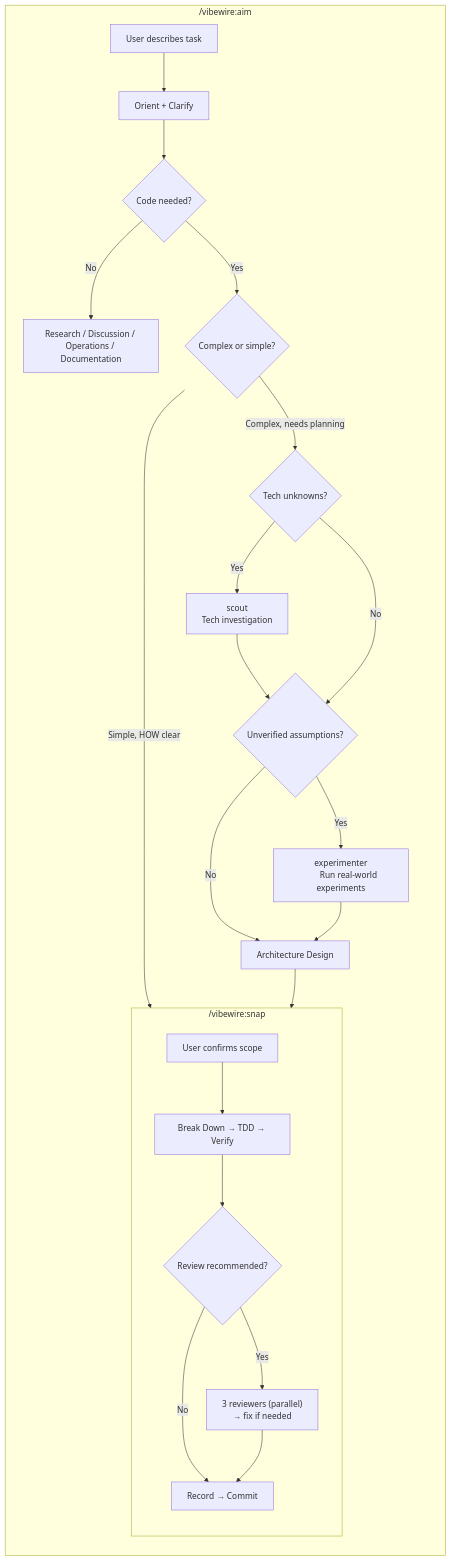
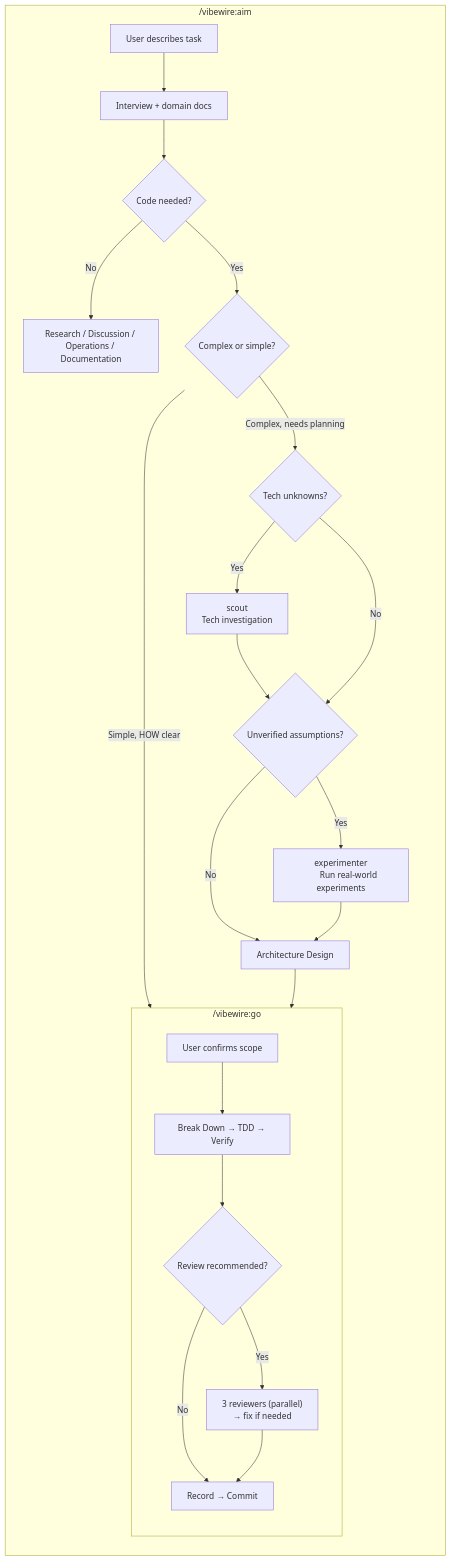
One commit to owniai/vibewire changed the diagram in README.md. Above: the diagram before and after it, drawn with Mermaid. The commit also changed other lines of this file and 19 other files, not shown here.

First line of the commit message:
v0.13.0: rename snap to go; aim interview with domain docs and to-spec AIM

````diff
--- a/README.md
+++ b/README.md
@@ -142,33 +145,33 @@
 ```mermaid
 flowchart TD
     subgraph aim["/vibewire:aim"]
         direction TB
-        A0[User describes task] --> A1[Orient + Clarify]
+        A0[User describes task] --> A1[Interview + domain docs]
         A1 --> A2{Code needed?}
         A2 -- No --> A3["Research / Discussion / Operations / Documentation"]
         A2 -- Yes --> A4{Complex or simple?}
         A4 -- Complex, needs planning --> A5{Tech unknowns?}
-        A4 -- Simple, HOW clear --> snapflow
+        A4 -- Simple, HOW clear --> goflow
 
         A5 -- Yes --> A6["scout
         Tech investigation"]
         A6 --> A7{Unverified assumptions?}
         A5 -- No --> A7
         A7 -- Yes --> A8["experimenter
         Run real-world experiments"]
         A7 -- No --> A9[Architecture Design]
         A8 --> A9
     end
 
-    A9 --> snapflow
+    A9 --> goflow
 
-    subgraph snapflow["/vibewire:snap"]
+    subgraph goflow["/vibewire:go"]
         direction TB
         S0[User confirms scope] --> S1["Break Down → TDD → Verify"]
         S1 --> S2{Review recommended?}
         S2 -- Yes --> S3["3 reviewers (parallel)
         → fix if needed"]
         S2 -- No --> S4[Record → Commit]
         S3 --> S4
     end
 ```
````
